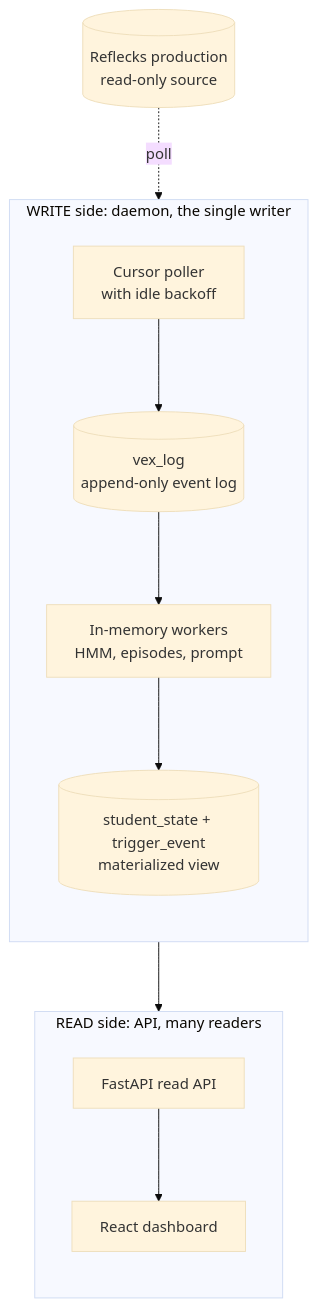
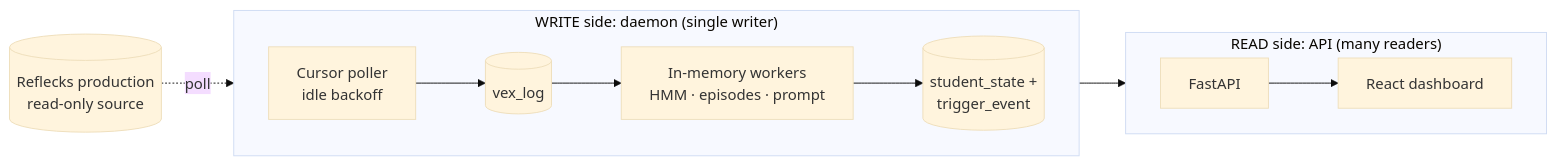
Before and after one commit to InviteInstitute/lm-dashboard: the diagram in docs/concepts/architecture.md, drawn with Mermaid (base theme). The commit also changed 3 other files, not shown here.

````diff
--- a/docs/concepts/architecture.md
+++ b/docs/concepts/architecture.md
@@ -19,24 +19,18 @@
 ```mermaid
-%%{init: {"flowchart": {"nodeSpacing": 60, "rankSpacing": 75}}}%%
-flowchart TB
+%%{init: {"flowchart": {"nodeSpacing": 35, "rankSpacing": 50}}}%%
+flowchart LR
     prod[("Reflecks production<br/>read-only source")]
 
-    subgraph WRITE["WRITE side: daemon, the single writer"]
-        direction TB
-        poll["Cursor poller<br/>with idle backoff"]
-        log[("vex_log<br/>append-only event log")]
-        workers["In-memory workers<br/>HMM, episodes, prompt"]
-        proj[("student_state + trigger_event<br/>materialized view")]
-        poll --> log --> workers --> proj
+    subgraph WRITE["WRITE side: daemon (single writer)"]
+        direction LR
+        poll["Cursor poller<br/>idle backoff"] --> log[("vex_log")] --> workers["In-memory workers<br/>HMM · episodes · prompt"] --> proj[("student_state +<br/>trigger_event")]
     end
 
-    subgraph READ["READ side: API, many readers"]
-        direction TB
-        api["FastAPI read API"]
-        ui["React dashboard"]
-        api --> ui
+    subgraph READ["READ side: API (many readers)"]
+        direction LR
+        api["FastAPI"] --> ui["React dashboard"]
     end
 
     prod -. "poll" .-> poll
     proj --> api
 ```
````
